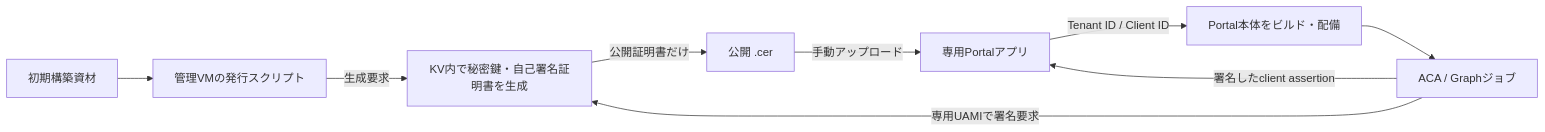
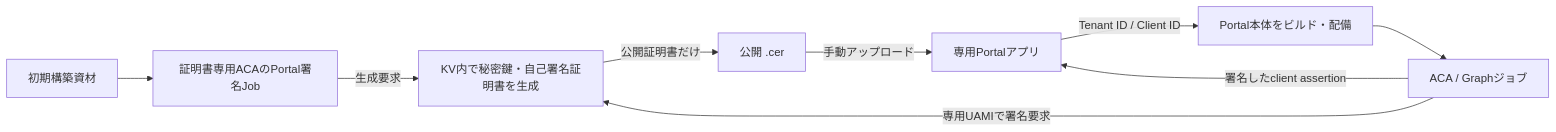
One commit to hrkd83/egakumi changed the diagram in docs/setup/entra-portal.md. Above: the diagram before and after it, drawn with Mermaid. The commit also changed other lines of this file and 143 other files, not shown here.

````diff
--- a/docs/setup/entra-portal.md
+++ b/docs/setup/entra-portal.md
@@ -34,11 +34,11 @@
 ```mermaid
 flowchart LR
-  Build[初期構築資材] --> VM[管理VMの発行スクリプト]
-  VM -->|生成要求| KV[KV内で秘密鍵・自己署名証明書を生成]
+  Build[初期構築資材] --> Job[証明書専用ACAのPortal署名Job]
+  Job -->|生成要求| KV[KV内で秘密鍵・自己署名証明書を生成]
   KV -->|公開証明書だけ| CER[公開 .cer]
   CER -->|手動アップロード| Entra[専用Portalアプリ]
   Entra -->|Tenant ID / Client ID| Deploy[Portal本体をビルド・配備]
   Deploy --> ACA[ACA / Graphジョブ]
   ACA -->|専用UAMIで署名要求| KV
   ACA -->|署名したclient assertion| Entra
 ```
````
